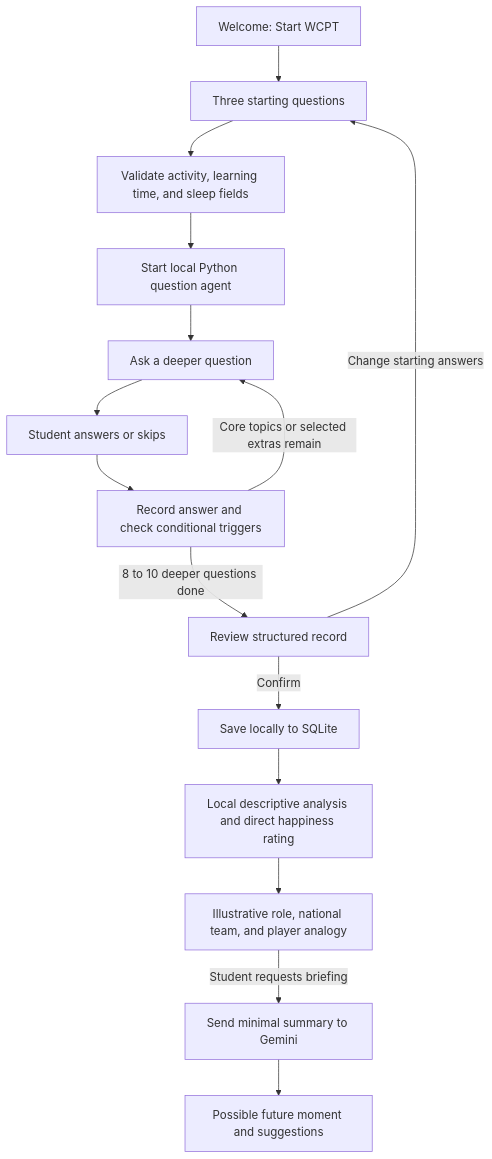
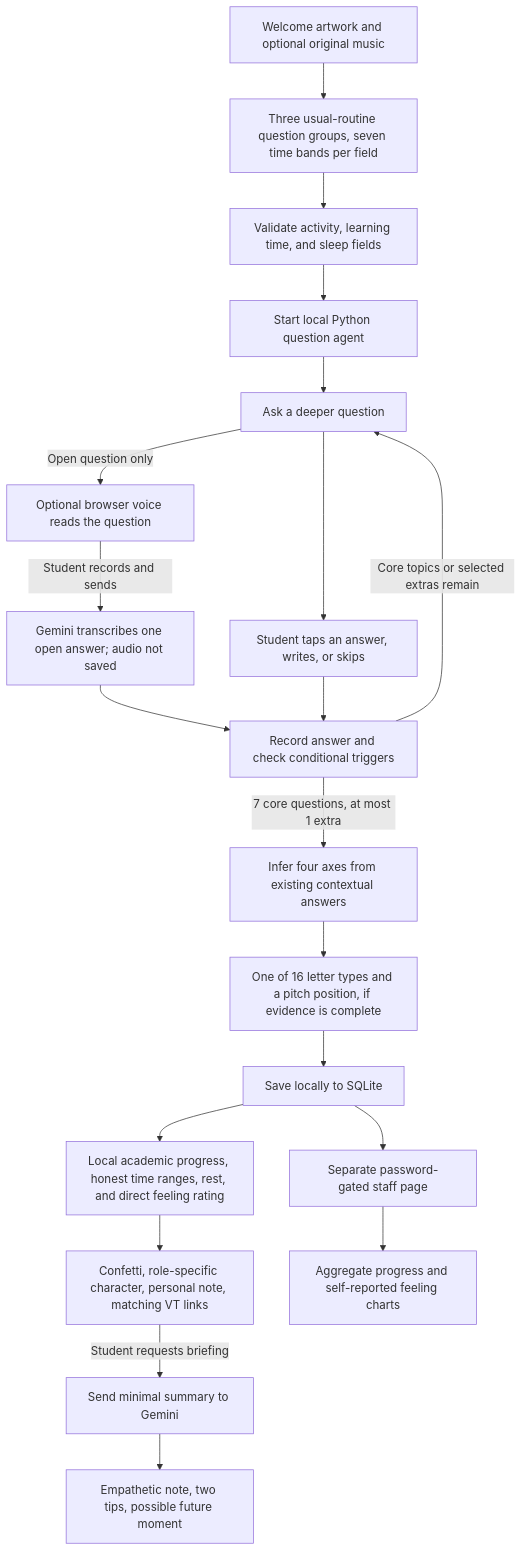
One commit to pkb34/kickoff_coach changed the diagram in frontend/flowchart.md. Above: the diagram before and after it, drawn with Mermaid. The commit also changed other lines of this file and 41 other files, not shown here.

````diff
--- a/frontend/flowchart.md
+++ b/frontend/flowchart.md
@@ -3,17 +3,22 @@
 ```mermaid
 flowchart TD
-    A[Welcome: Start WCPT] --> B[Three starting questions]
+    A[Welcome artwork and optional original music] --> B[Three usual-routine question groups, seven time bands per field]
     B --> C[Validate activity, learning time, and sleep fields]
     C --> D[Start local Python question agent]
     D --> E[Ask a deeper question]
-    E --> F[Student answers or skips]
+    E --> F[Student taps an answer, writes, or skips]
+    E -->|Open question only| V[Optional browser voice reads the question]
+    V -->|Student records and sends| W[Gemini transcribes one open answer; audio not saved]
+    W --> G
     F --> G[Record answer and check conditional triggers]
     G -->|Core topics or selected extras remain| E
-    G -->|8 to 10 deeper questions done| H[Review structured record]
-    H -->|Change starting answers| B
-    H -->|Confirm| I[Save locally to SQLite]
-    I --> J[Local descriptive analysis and direct happiness rating]
-    J --> K[Illustrative role, national team, and player analogy]
+    G -->|7 core questions, at most 1 extra| P[Infer four axes from existing contextual answers]
+    P --> Q[One of 16 letter types and a pitch position, if evidence is complete]
+    Q --> I[Save locally to SQLite]
+    I --> J[Local academic progress, honest time ranges, rest, and direct feeling rating]
+    J --> K[Confetti, role-specific character, personal note, matching VT links]
     K -->|Student requests briefing| L[Send minimal summary to Gemini]
-    L --> M[Possible future moment and suggestions]
+    L --> M[Empathetic note, two tips, possible future moment]
+    I --> S[Separate password-gated staff page]
+    S --> T[Aggregate progress and self-reported feeling charts]
 ```
````
